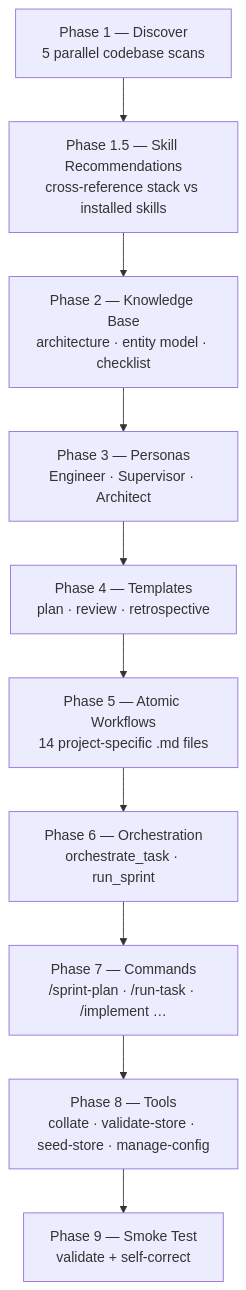
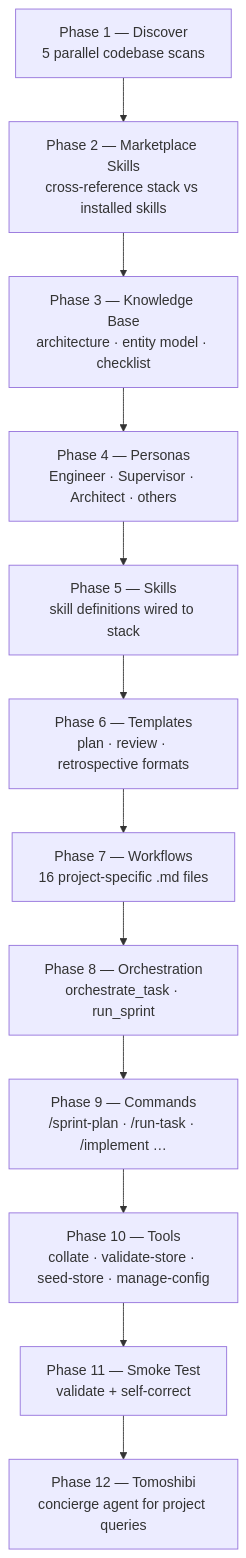
The diagram in docs/commands/forge/init.md (Entelligentsia/forge), drawn with Mermaid before and after one commit. The commit also changed other lines of this file and 30 other files, not shown here.

````diff
--- a/docs/commands/forge/init.md
+++ b/docs/commands/forge/init.md
@@ -28,13 +50,15 @@
 ```mermaid
 flowchart TD
-    P1[Phase 1 — Discover\n5 parallel codebase scans] --> P15
-    P15[Phase 1.5 — Skill Recommendations\ncross-reference stack vs installed skills] --> P2
-    P2[Phase 2 — Knowledge Base\narchitecture · entity model · checklist] --> P3
-    P3[Phase 3 — Personas\nEngineer · Supervisor · Architect] --> P4
-    P4[Phase 4 — Templates\nplan · review · retrospective] --> P5
-    P5[Phase 5 — Atomic Workflows\n14 project-specific .md files] --> P6
-    P6[Phase 6 — Orchestration\norchestrate_task · run_sprint] --> P7
-    P7[Phase 7 — Commands\n/sprint-plan · /run-task · /implement …] --> P8
-    P8[Phase 8 — Tools\ncollate · validate-store · seed-store · manage-config] --> P9
-    P9[Phase 9 — Smoke Test\nvalidate + self-correct]
+    P1["Phase 1 — Discover\n5 parallel codebase scans"] --> P2
+    P2["Phase 2 — Marketplace Skills\ncross-reference stack vs installed skills"] --> P3
+    P3["Phase 3 — Knowledge Base\narchitecture · entity model · checklist"] --> P4
+    P4["Phase 4 — Personas\nEngineer · Supervisor · Architect · others"] --> P5
+    P5["Phase 5 — Skills\nskill definitions wired to stack"] --> P6
+    P6["Phase 6 — Templates\nplan · review · retrospective formats"] --> P7
+    P7["Phase 7 — Workflows\n16 project-specific .md files"] --> P8
+    P8["Phase 8 — Orchestration\norchestrate_task · run_sprint"] --> P9
+    P9["Phase 9 — Commands\n/sprint-plan · /run-task · /implement …"] --> P10
+    P10["Phase 10 — Tools\ncollate · validate-store · seed-store · manage-config"] --> P11
+    P11["Phase 11 — Smoke Test\nvalidate + self-correct"] --> P12
+    P12["Phase 12 — Tomoshibi\nconcierge agent for project queries"]
 ```
````
